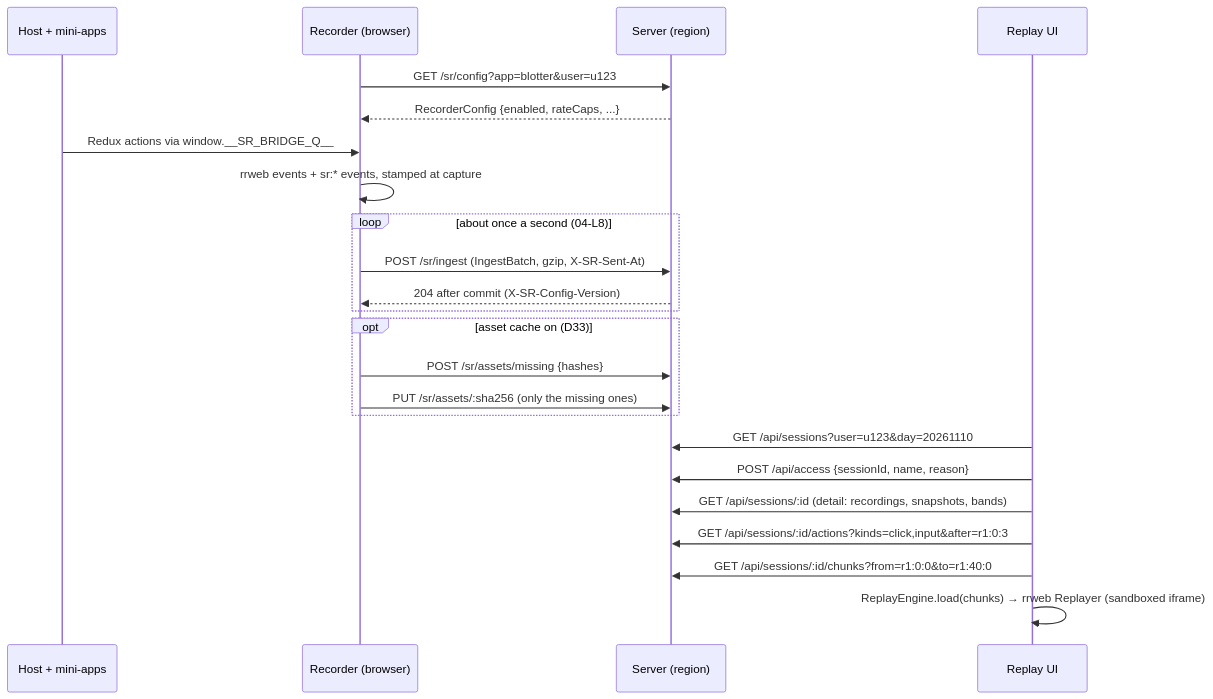
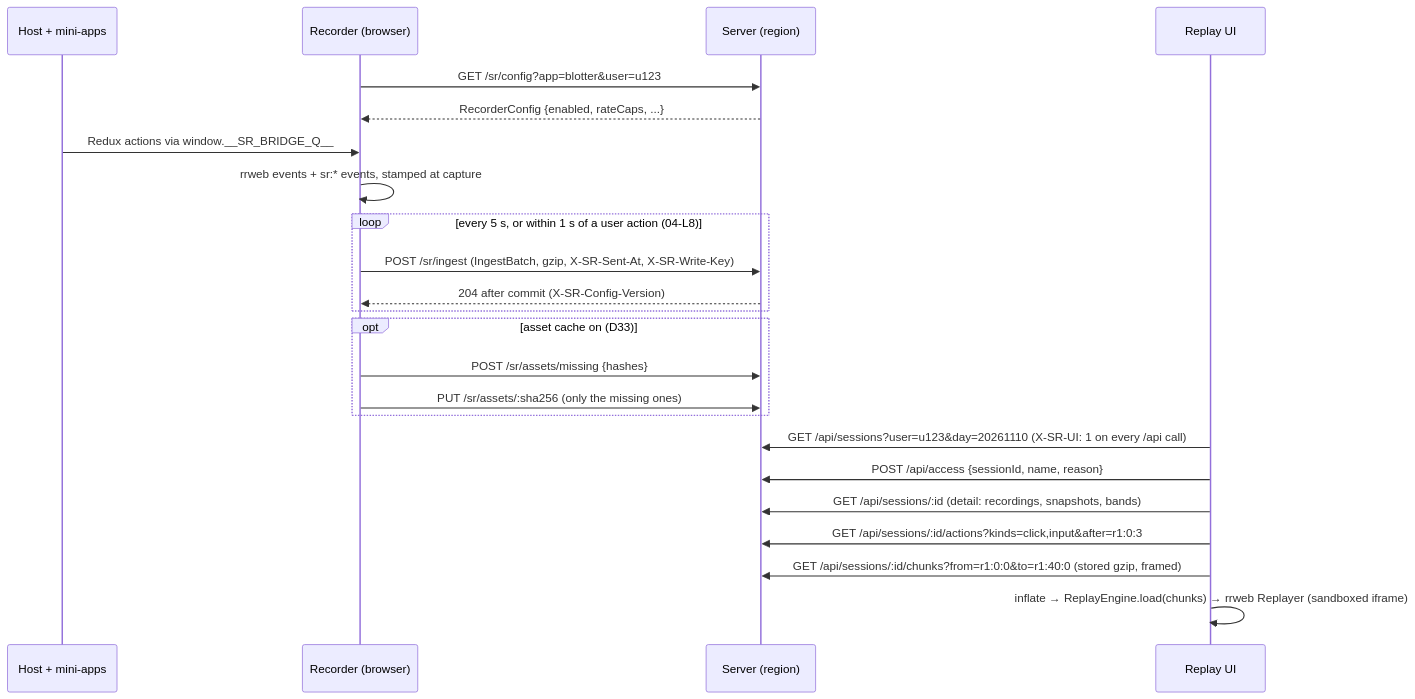
Before and after one commit to akhilshastri/session-replay: the diagram in plan/03-protocol.md, drawn with Mermaid. The commit also changed other lines of this file and 9 other files, not shown here.

Commit message:
0008: architect + devil review merged - gate-only rate caps, stored-gzip chunks, raw client time, write key, two ports, ConfigMap admin, dependency scheduling; sub-plans revised

````diff
--- a/plan/03-protocol.md
+++ b/plan/03-protocol.md
@@ -34,25 +38,25 @@
 ```mermaid
 sequenceDiagram
   participant App as Host + mini-apps
   participant Rec as Recorder (browser)
   participant Srv as Server (region)
   participant UI as Replay UI
   Rec->>Srv: GET /sr/config?app=blotter&user=u123
   Srv-->>Rec: RecorderConfig {enabled, rateCaps, ...}
   App->>Rec: Redux actions via window.__SR_BRIDGE_Q__
   Rec->>Rec: rrweb events + sr:* events, stamped at capture
-  loop about once a second (04-L8)
-    Rec->>Srv: POST /sr/ingest (IngestBatch, gzip, X-SR-Sent-At)
+  loop every 5 s, or within 1 s of a user action (04-L8)
+    Rec->>Srv: POST /sr/ingest (IngestBatch, gzip, X-SR-Sent-At, X-SR-Write-Key)
     Srv-->>Rec: 204 after commit (X-SR-Config-Version)
   end
   opt asset cache on (D33)
     Rec->>Srv: POST /sr/assets/missing {hashes}
     Rec->>Srv: PUT /sr/assets/:sha256 (only the missing ones)
   end
-  UI->>Srv: GET /api/sessions?user=u123&day=20261110
+  UI->>Srv: GET /api/sessions?user=u123&day=20261110 (X-SR-UI: 1 on every /api call)
   UI->>Srv: POST /api/access {sessionId, name, reason}
   UI->>Srv: GET /api/sessions/:id (detail: recordings, snapshots, bands)
   UI->>Srv: GET /api/sessions/:id/actions?kinds=click,input&after=r1:0:3
-  UI->>Srv: GET /api/sessions/:id/chunks?from=r1:0:0&to=r1:40:0
-  UI->>UI: ReplayEngine.load(chunks) → rrweb Replayer (sandboxed iframe)
+  UI->>Srv: GET /api/sessions/:id/chunks?from=r1:0:0&to=r1:40:0 (stored gzip, framed)
+  UI->>UI: inflate → ReplayEngine.load(chunks) → rrweb Replayer (sandboxed iframe)
 ```
````
